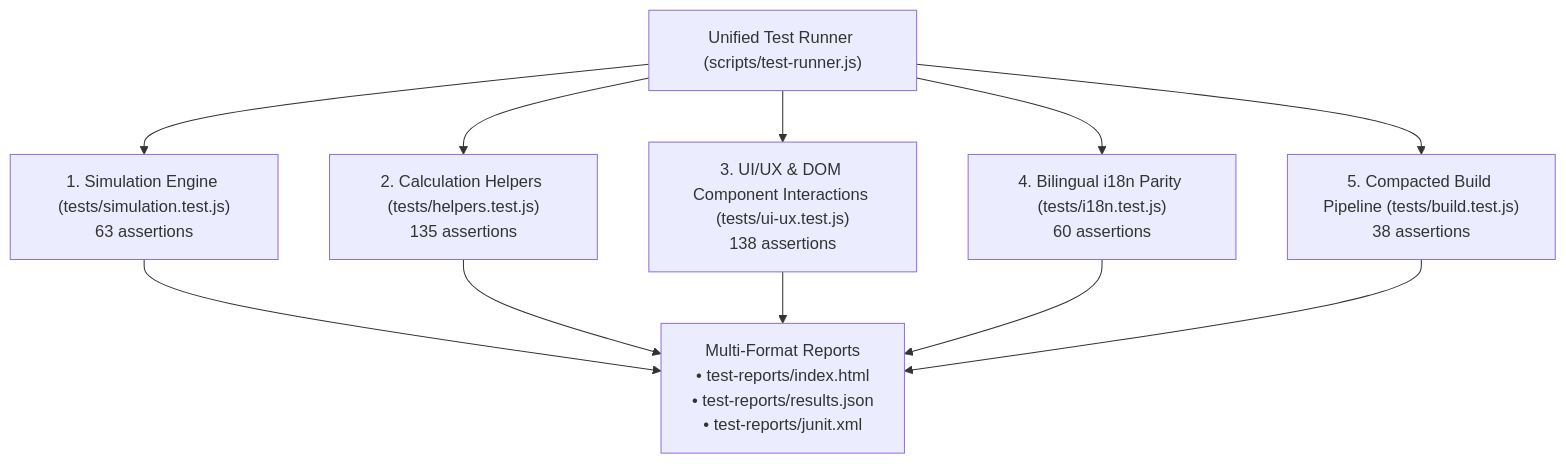
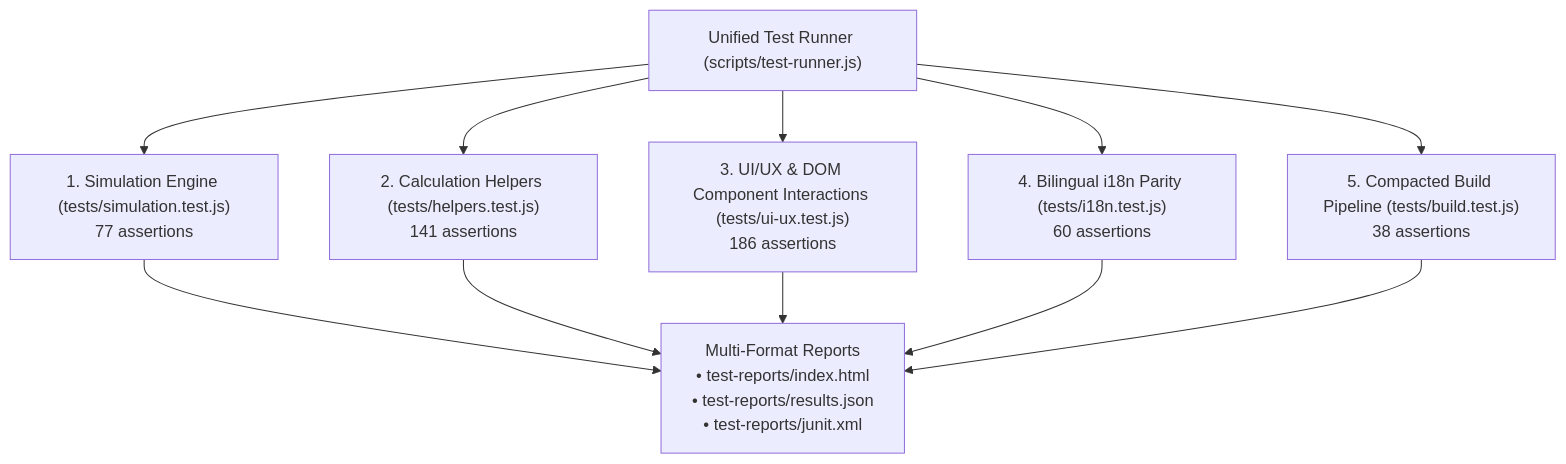
Before and after one commit to thanhtrixx/html-standalone-tools: the diagram in personal-finance-savings-predictor/TEST_PLAN.md, drawn with Mermaid. The commit also changed other lines of this file and 12 other files, not shown here.

````diff
--- a/personal-finance-savings-predictor/TEST_PLAN.md
+++ b/personal-finance-savings-predictor/TEST_PLAN.md
@@ -58,12 +70,12 @@
 ```mermaid
 flowchart TD
     Runner["Unified Test Runner (scripts/test-runner.js)"]
 
-    Runner --> S1["1. Simulation Engine (tests/simulation.test.js)<br/>63 assertions"]
-    Runner --> S2["2. Calculation Helpers (tests/helpers.test.js)<br/>135 assertions"]
-    Runner --> S3["3. UI/UX & DOM Component Interactions (tests/ui-ux.test.js)<br/>138 assertions"]
+    Runner --> S1["1. Simulation Engine (tests/simulation.test.js)<br/>77 assertions"]
+    Runner --> S2["2. Calculation Helpers (tests/helpers.test.js)<br/>141 assertions"]
+    Runner --> S3["3. UI/UX & DOM Component Interactions (tests/ui-ux.test.js)<br/>186 assertions"]
     Runner --> S4["4. Bilingual i18n Parity (tests/i18n.test.js)<br/>60 assertions"]
     Runner --> S5["5. Compacted Build Pipeline (tests/build.test.js)<br/>38 assertions"]
 
     S1 & S2 & S3 & S4 & S5 --> Report["Multi-Format Reports<br/>• test-reports/index.html<br/>• test-reports/results.json<br/>• test-reports/junit.xml"]
 ```
````
